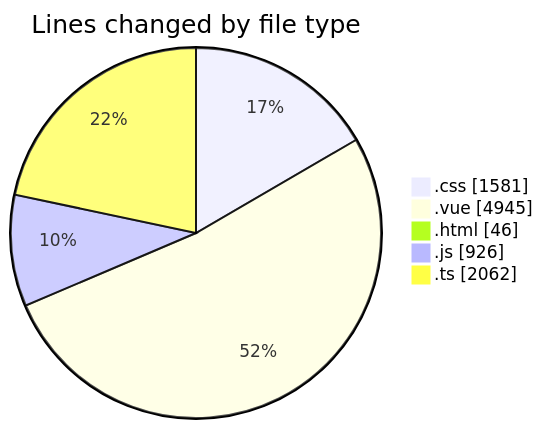
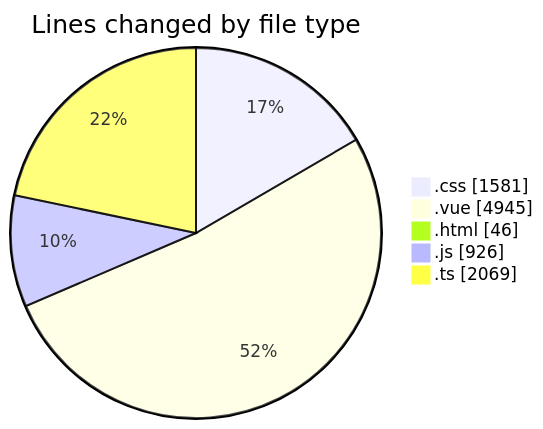
The first of 2 diagrams in 2025-08-18/rentotp/README.md (lephambinh05/code-tracking), drawn with Mermaid before and after one commit. The commit also changed other lines of this file and 1 other file, not shown here.

````diff
--- a/2025-08-18/rentotp/README.md
+++ b/2025-08-18/rentotp/README.md
@@ -51,9 +51,9 @@
 ```mermaid
 pie showData
 title Lines changed by file type
 ".css" : 1581
 ".vue" : 4945
 ".html" : 46
 ".js" : 926
-".ts" : 2062
+".ts" : 2069
 ```
````
